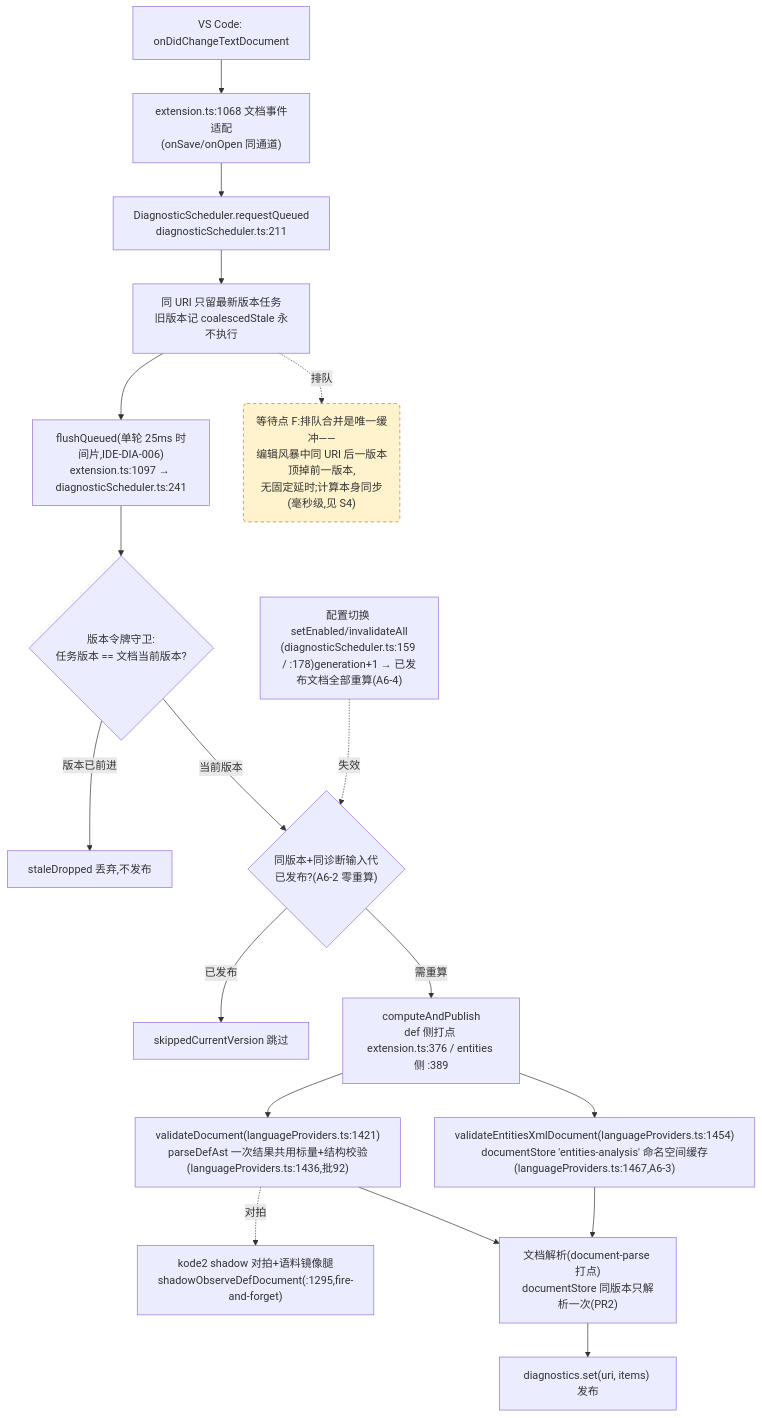
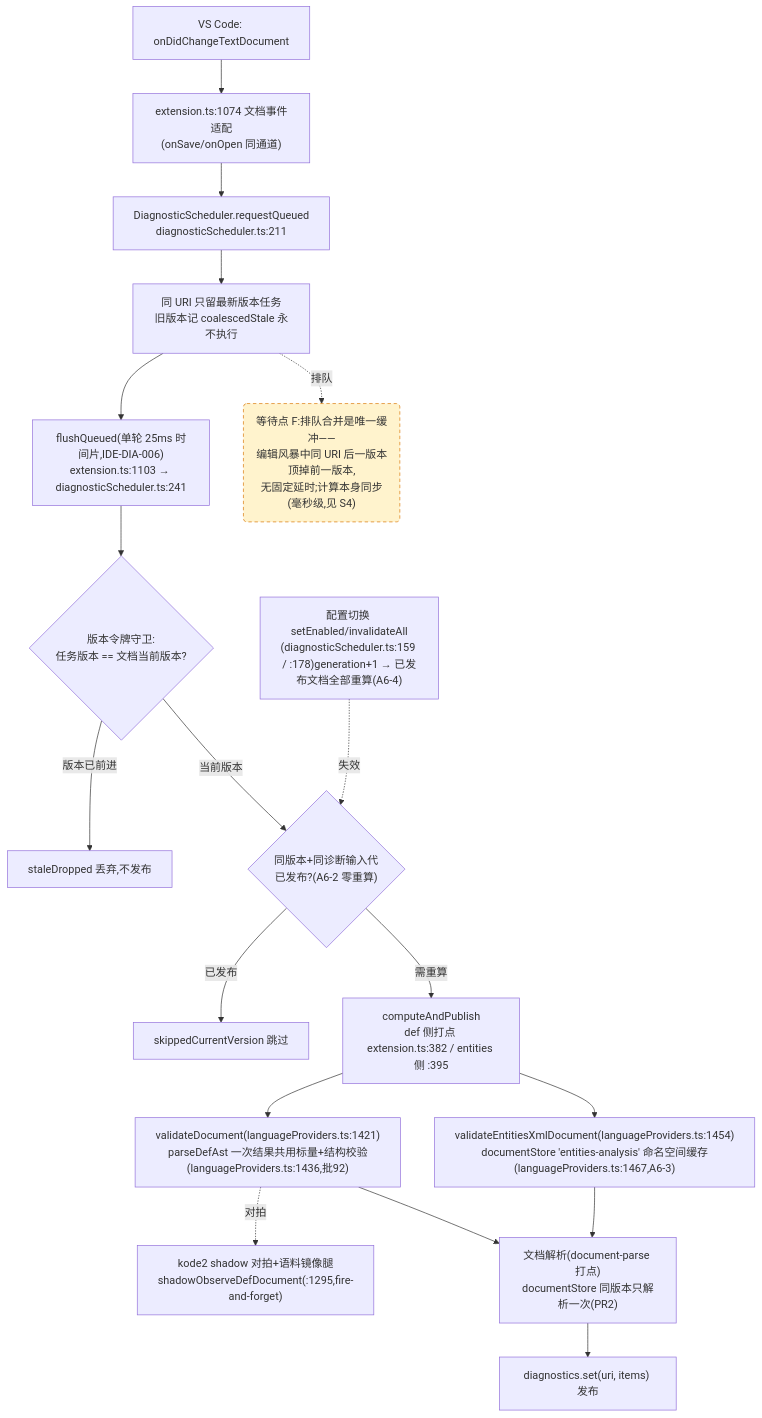
The fourth of 4 diagrams in docs/perf/2026-baseline.md (cuihairu/kode), drawn with Mermaid before and after one commit. The commit also changed other lines of this file and 6 other files, not shown here.

````diff
--- a/docs/perf/2026-baseline.md
+++ b/docs/perf/2026-baseline.md
@@ -214,38 +214,38 @@
 ```mermaid
 flowchart TD
   CHG["VS Code: onDidChangeTextDocument"]
-  WATCH["extension.ts:1068 文档事件适配<br/>(onSave/onOpen 同通道)"]
+  WATCH["extension.ts:1074 文档事件适配<br/>(onSave/onOpen 同通道)"]
   RQ["DiagnosticScheduler.requestQueued<br/>diagnosticScheduler.ts:211"]
   CO["同 URI 只留最新版本任务<br/>旧版本记 coalescedStale 永不执行"]
-  FL["flushQueued(单轮 25ms 时间片,IDE-DIA-006)<br/>extension.ts:1097 → diagnosticScheduler.ts:241"]
+  FL["flushQueued(单轮 25ms 时间片,IDE-DIA-006)<br/>extension.ts:1103 → diagnosticScheduler.ts:241"]
   VG{"版本令牌守卫:<br/>任务版本 == 文档当前版本?"}
   DROP["staleDropped 丢弃,不发布"]
   GEN{"同版本+同诊断输入代<br/>已发布?(A6-2 零重算)"}
   SKIP["skippedCurrentVersion 跳过"]
-  CALC["computeAndPublish<br/>def 侧打点 extension.ts:376 / entities 侧 :389"]
+  CALC["computeAndPublish<br/>def 侧打点 extension.ts:382 / entities 侧 :395"]
   VD["validateDocument(languageProviders.ts:1421)<br/>parseDefAst 一次结果共用标量+结构校验(languageProviders.ts:1436,批92)"]
   VEX["validateEntitiesXmlDocument(languageProviders.ts:1454)<br/>documentStore 'entities-analysis' 命名空间缓存(languageProviders.ts:1467,A6-3)"]
   SHDD["kode2 shadow 对拍+语料镜像腿<br/>shadowObserveDefDocument(:1295,fire-and-forget)"]
   DS["文档解析(document-parse 打点)<br/>documentStore 同版本只解析一次(PR2)"]
   PUB["diagnostics.set(uri, items) 发布"]
   CFG2["配置切换 setEnabled/invalidateAll<br/>(diagnosticScheduler.ts:159 / :178)generation+1 → 已发布文档全部重算(A6-4)"]
 
   CHG --> WATCH --> RQ --> CO --> FL --> VG
   VG -- "版本已前进" --> DROP
   VG -- "当前版本" --> GEN
   GEN -- "已发布" --> SKIP
   GEN -- "需重算" --> CALC
   CALC --> VD
   CALC --> VEX
   VD --> DS
   VEX --> DS
   DS --> PUB
   VD -.->|对拍| SHDD
   CFG2 -.->|失效| GEN
 
   WAITF("等待点 F:排队合并是唯一缓冲——<br/>编辑风暴中同 URI 后一版本顶掉前一版本,<br/>无固定延时;计算本身同步(毫秒级,见 S4)")
   CO -.->|排队| WAITF
 
   classDef waitPoint fill:#fff3cd,stroke:#d97706,stroke-dasharray:5 4;
   class WAITF waitPoint;
 ```
````
